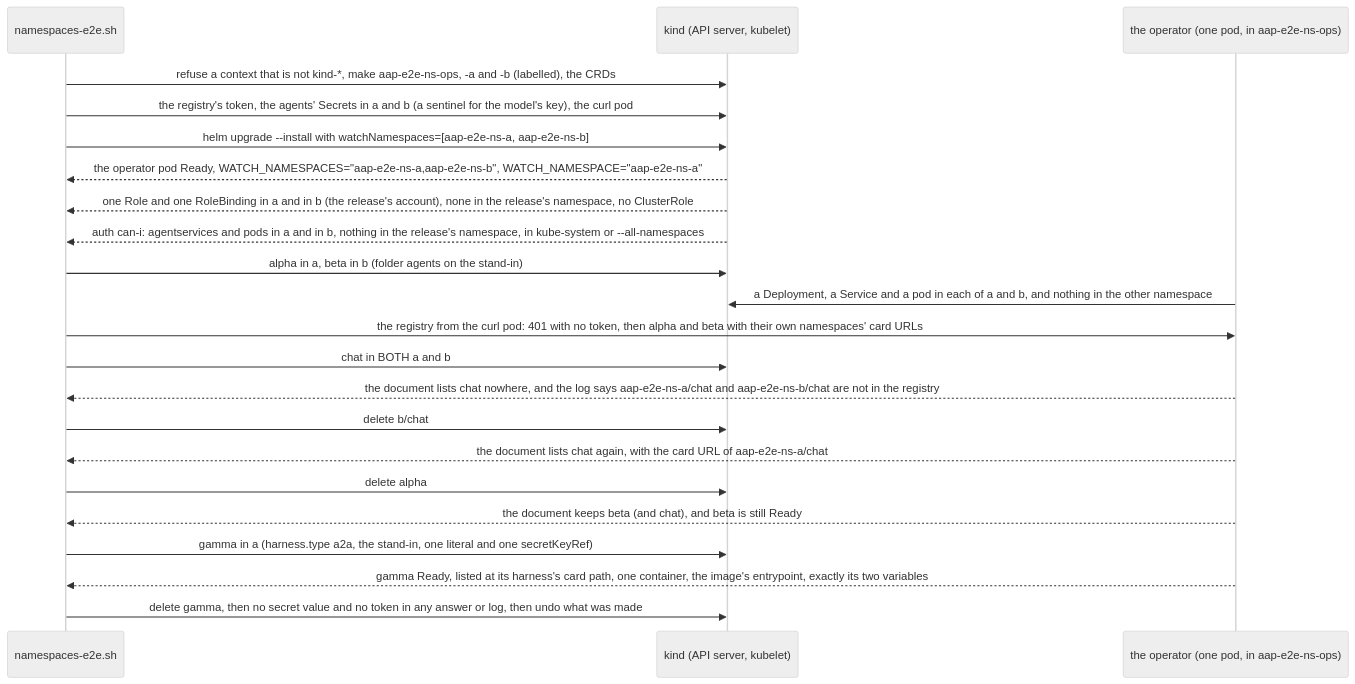
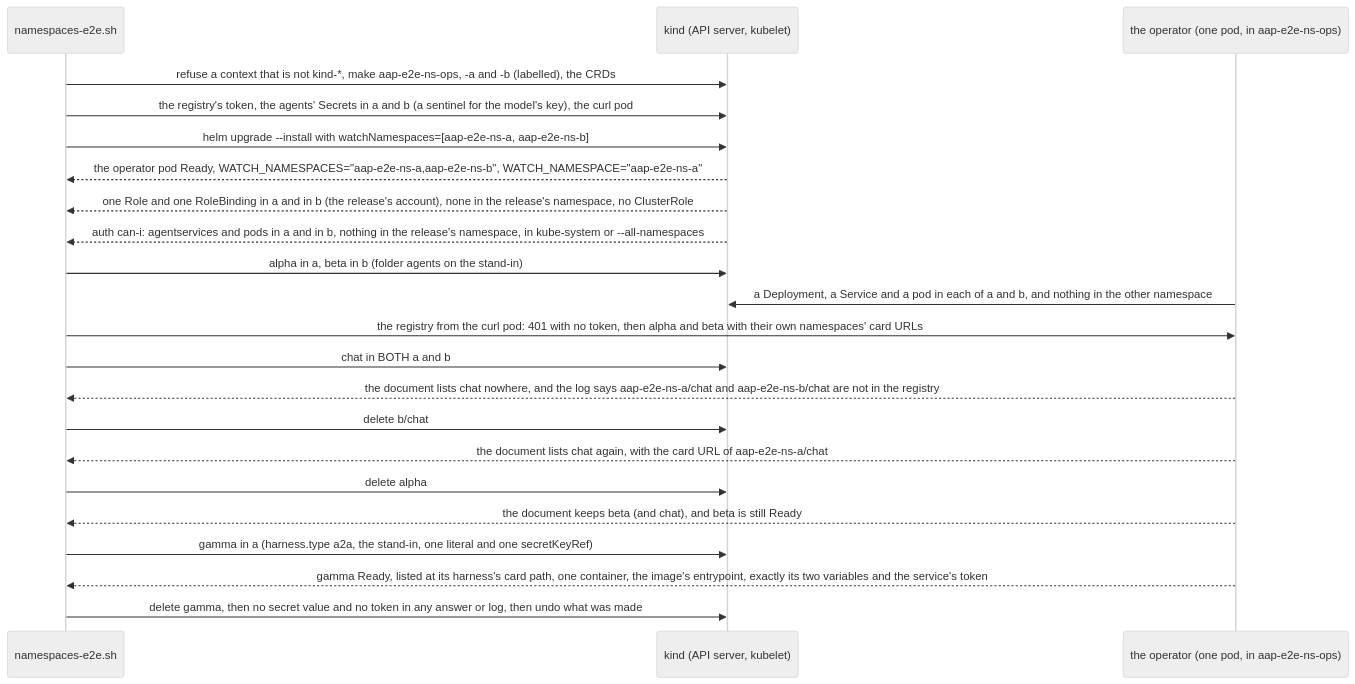
The ninth of 12 diagrams in deploy/operator/tests/e2e/README.md (vymalo/another-agentic-platform), drawn with Mermaid (neutral theme) before and after one commit. The commit also changed other lines of this file and 12 other files, not shown here.

````diff
--- a/deploy/operator/tests/e2e/README.md
+++ b/deploy/operator/tests/e2e/README.md
@@ -579,25 +579,25 @@
 ```mermaid
 sequenceDiagram
     participant J as namespaces-e2e.sh
     participant K as kind (API server, kubelet)
     participant O as the operator (one pod, in aap-e2e-ns-ops)
 
     J->>K: refuse a context that is not kind-*, make aap-e2e-ns-ops, -a and -b (labelled), the CRDs
     J->>K: the registry's token, the agents' Secrets in a and b (a sentinel for the model's key), the curl pod
     J->>K: helm upgrade --install with watchNamespaces=[aap-e2e-ns-a, aap-e2e-ns-b]
     K-->>J: the operator pod Ready, WATCH_NAMESPACES="aap-e2e-ns-a,aap-e2e-ns-b", WATCH_NAMESPACE="aap-e2e-ns-a"
     K-->>J: one Role and one RoleBinding in a and in b (the release's account), none in the release's namespace, no ClusterRole
     K-->>J: auth can-i: agentservices and pods in a and in b, nothing in the release's namespace, in kube-system or --all-namespaces
     J->>K: alpha in a, beta in b (folder agents on the stand-in)
     O->>K: a Deployment, a Service and a pod in each of a and b, and nothing in the other namespace
     J->>O: the registry from the curl pod: 401 with no token, then alpha and beta with their own namespaces' card URLs
     J->>K: chat in BOTH a and b
     O-->>J: the document lists chat nowhere, and the log says aap-e2e-ns-a/chat and aap-e2e-ns-b/chat are not in the registry
     J->>K: delete b/chat
     O-->>J: the document lists chat again, with the card URL of aap-e2e-ns-a/chat
     J->>K: delete alpha
     O-->>J: the document keeps beta (and chat), and beta is still Ready
     J->>K: gamma in a (harness.type a2a, the stand-in, one literal and one secretKeyRef)
-    O-->>J: gamma Ready, listed at its harness's card path, one container, the image's entrypoint, exactly its two variables
+    O-->>J: gamma Ready, listed at its harness's card path, one container, the image's entrypoint, exactly its two variables and the service's token
     J->>K: delete gamma, then no secret value and no token in any answer or log, then undo what was made
 ```
````
